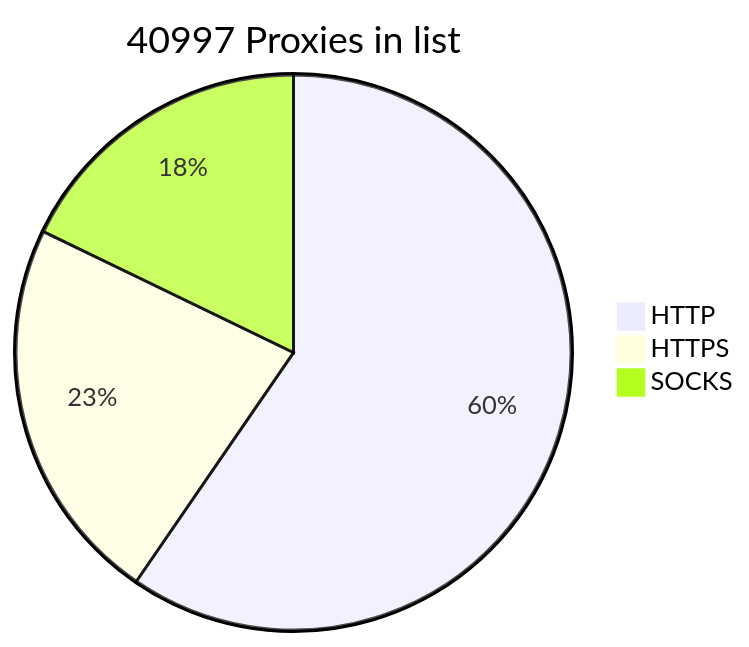
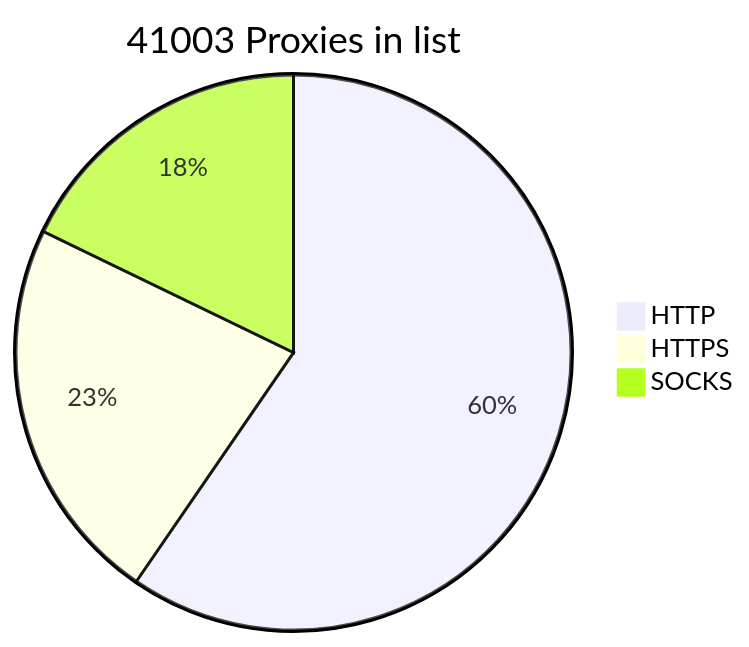
Before and after one commit to BlackSnowDot/proxylist-update-every-minute: the diagram in README.md, drawn with Mermaid.

````diff
--- a/README.md
+++ b/README.md
@@ -2,6 +2,6 @@
 ```mermaid
-pie title 40997 Proxies in list
-    "HTTP" : 28737
-    "HTTPS": 10896
+pie title 41003 Proxies in list
+    "HTTP" : 28741
+    "HTTPS": 10901
     "SOCKS" : 8601
 ```
````
